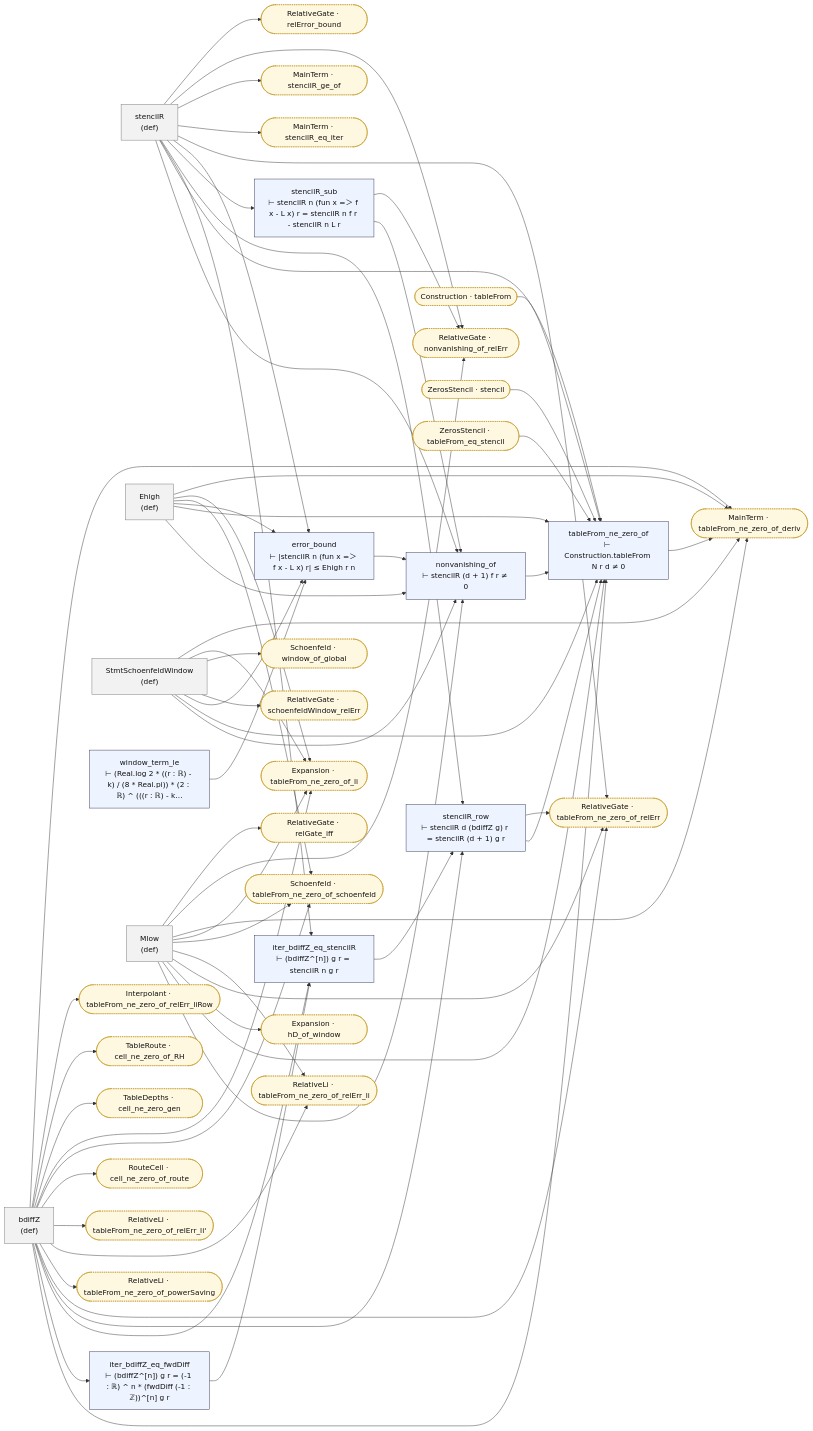
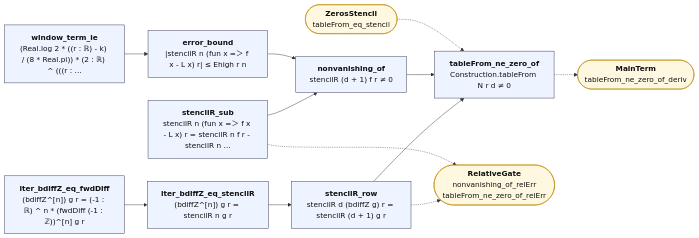
The diagram in map/lean/Nonvanishing.md (juliansambranojr/Primebeat_081426), drawn with Mermaid before and after one commit. The commit also changed other lines of this file and 387 other files, not shown here.

````diff
--- a/map/lean/Nonvanishing.md
+++ b/map/lean/Nonvanishing.md
@@ -8,106 +12,30 @@
 ```mermaid
 flowchart LR
-  n0["bdiffZ<br/>(def)"]:::dfn
-  n1["stencilR<br/>(def)"]:::dfn
-  n2["iter_bdiffZ_eq_fwdDiff<br/>⊢ (bdiffZ^[n]) g r = (-1 : ℝ) ^ n * (fwdDiff (-1 : ℤ))^[n] g r"]:::thm
-  n3["iter_bdiffZ_eq_stencilR<br/>⊢ (bdiffZ^[n]) g r = stencilR n g r"]:::thm
-  n4["stencilR_row<br/>⊢ stencilR d (bdiffZ g) r = stencilR (d + 1) g r"]:::thm
-  n5["stencilR_sub<br/>⊢ stencilR n (fun x =＞ f x - L x) r = stencilR n f r - stencilR n L r"]:::thm
-  n6["Ehigh<br/>(def)"]:::dfn
-  n7["StmtSchoenfeldWindow<br/>(def)"]:::dfn
-  n8["window_term_le<br/>⊢ (Real.log 2 * ((r : ℝ) - k) / (8 * Real.pi)) * (2 : ℝ) ^ (((r : ℝ) - k…"]:::thm
-  n9["error_bound<br/>⊢ |stencilR n (fun x =＞ f x - L x) r| ≤ Ehigh r n"]:::thm
-  n10["Mlow<br/>(def)"]:::dfn
-  n11["nonvanishing_of<br/>⊢ stencilR (d + 1) f r ≠ 0"]:::thm
-  n12["tableFrom_ne_zero_of<br/>⊢ Construction.tableFrom N r d ≠ 0"]:::thm
-  x0(["Construction · tableFrom"]):::ext
-  x1(["Expansion · hD_of_window"]):::ext
-  x2(["Expansion · tableFrom_ne_zero_of_li"]):::ext
-  x3(["Interpolant · tableFrom_ne_zero_of_relErr_liRow"]):::ext
-  x4(["MainTerm · stencilR_eq_iter"]):::ext
-  x5(["MainTerm · stencilR_ge_of"]):::ext
-  x6(["MainTerm · tableFrom_ne_zero_of_deriv"]):::ext
-  x7(["RelativeGate · nonvanishing_of_relErr"]):::ext
-  x8(["RelativeGate · relError_bound"]):::ext
-  x9(["RelativeGate · relGate_iff"]):::ext
-  x10(["RelativeGate · schoenfeldWindow_relErr"]):::ext
-  x11(["RelativeGate · tableFrom_ne_zero_of_relErr"]):::ext
-  x12(["RelativeLi · tableFrom_ne_zero_of_powerSaving"]):::ext
-  x13(["RelativeLi · tableFrom_ne_zero_of_relErr_li"]):::ext
-  x14(["RelativeLi · tableFrom_ne_zero_of_relErr_li'"]):::ext
-  x15(["RouteCell · cell_ne_zero_of_route"]):::ext
-  x16(["Schoenfeld · tableFrom_ne_zero_of_schoenfeld"]):::ext
-  x17(["Schoenfeld · window_of_global"]):::ext
-  x18(["ZerosStencil · stencil"]):::ext
-  x19(["ZerosStencil · tableFrom_eq_stencil"]):::ext
-  x20(["TableDepths · cell_ne_zero_gen"]):::ext
-  x21(["TableRoute · cell_ne_zero_of_RH"]):::ext
-  n0 --> n12
-  n0 --> n2
-  n0 --> n3
-  n0 --> n4
-  n0 --> x11
-  n0 --> x12
-  n0 --> x13
-  n0 --> x14
-  n0 --> x15
-  n0 --> x16
-  n0 --> x2
-  n0 --> x20
-  n0 --> x21
-  n0 --> x3
-  n0 --> x6
-  n1 --> n11
-  n1 --> n12
-  n1 --> n3
-  n1 --> n4
-  n1 --> n5
-  n1 --> n9
-  n1 --> x11
-  n1 --> x4
-  n1 --> x5
-  n1 --> x7
-  n1 --> x8
-  n10 --> n11
-  n10 --> n12
-  n10 --> x1
-  n10 --> x11
-  n10 --> x13
-  n10 --> x16
-  n10 --> x2
-  n10 --> x6
-  n10 --> x7
-  n10 --> x9
-  n11 --> n12
-  n12 --> x6
-  n2 --> n3
-  n3 --> n4
-  n4 --> n12
-  n4 --> x11
-  n5 --> n11
-  n5 --> x7
-  n6 --> n11
-  n6 --> n12
-  n6 --> n9
-  n6 --> x16
-  n6 --> x2
-  n6 --> x6
-  n7 --> n11
-  n7 --> n12
-  n7 --> n9
-  n7 --> x10
-  n7 --> x17
-  n7 --> x2
-  n7 --> x6
-  n8 --> n9
-  n9 --> n11
-  x0 --> n12
-  x18 --> n12
-  x19 --> n12
+  n0["<b>iter_bdiffZ_eq_fwdDiff</b><br/>(bdiffZ^[n]) g r = (-1 : ℝ) ^ n * (fwdDiff (-1 : ℤ))^[n] g r"]:::thm
+  n1["<b>iter_bdiffZ_eq_stencilR</b><br/>(bdiffZ^[n]) g r = stencilR n g r"]:::thm
+  n2["<b>stencilR_row</b><br/>stencilR d (bdiffZ g) r = stencilR (d + 1) g r"]:::thm
+  n3["<b>stencilR_sub</b><br/>stencilR n (fun x =＞ f x - L x) r = stencilR n f r - stencilR n …"]:::thm
+  n4["<b>window_term_le</b><br/>(Real.log 2 * ((r : ℝ) - k) / (8 * Real.pi)) * (2 : ℝ) ^ (((r : …"]:::thm
+  n5["<b>error_bound</b><br/>|stencilR n (fun x =＞ f x - L x) r| ≤ Ehigh r n"]:::thm
+  n6["<b>nonvanishing_of</b><br/>stencilR (d + 1) f r ≠ 0"]:::thm
+  n7["<b>tableFrom_ne_zero_of</b><br/>Construction.tableFrom N r d ≠ 0"]:::thm
+  x0(["<b>RelativeGate</b><br/>nonvanishing_of_relErr<br/>tableFrom_ne_zero_of_relErr"]):::ext
+  x1(["<b>ZerosStencil</b><br/>tableFrom_eq_stencil"]):::ext
+  x2(["<b>MainTerm</b><br/>tableFrom_ne_zero_of_deriv"]):::ext
+  n0 --> n1
+  n1 --> n2
+  n2 --> n7
+  n3 --> n6
+  n4 --> n5
+  n5 --> n6
+  n6 --> n7
+  n2 -.-> x0
+  n3 -.-> x0
+  n7 -.-> x2
+  x1 -.-> n7
   classDef thm fill:#eef4ff,stroke:#335,color:#111
-  classDef dfn fill:#f2f2f2,stroke:#777,color:#111
   classDef end_ fill:#e7f7e7,stroke:#2a7,color:#111,stroke-width:2px
   classDef lone fill:#fff,stroke:#999,color:#111,stroke-dasharray:4 3
   classDef bad fill:#ffe5e5,stroke:#c22,color:#111,stroke-width:2px
-  classDef ext fill:#fff8e1,stroke:#b80,color:#111,stroke-dasharray:2 2
+  classDef ext fill:#fff8e1,stroke:#b80,color:#111
 ```
````
